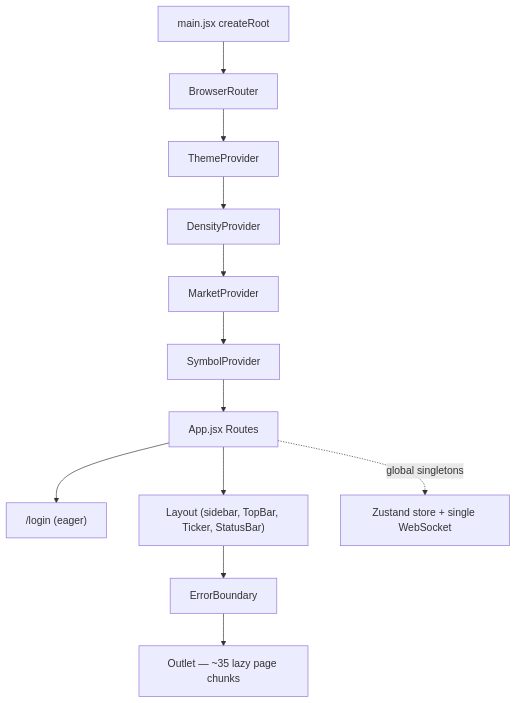
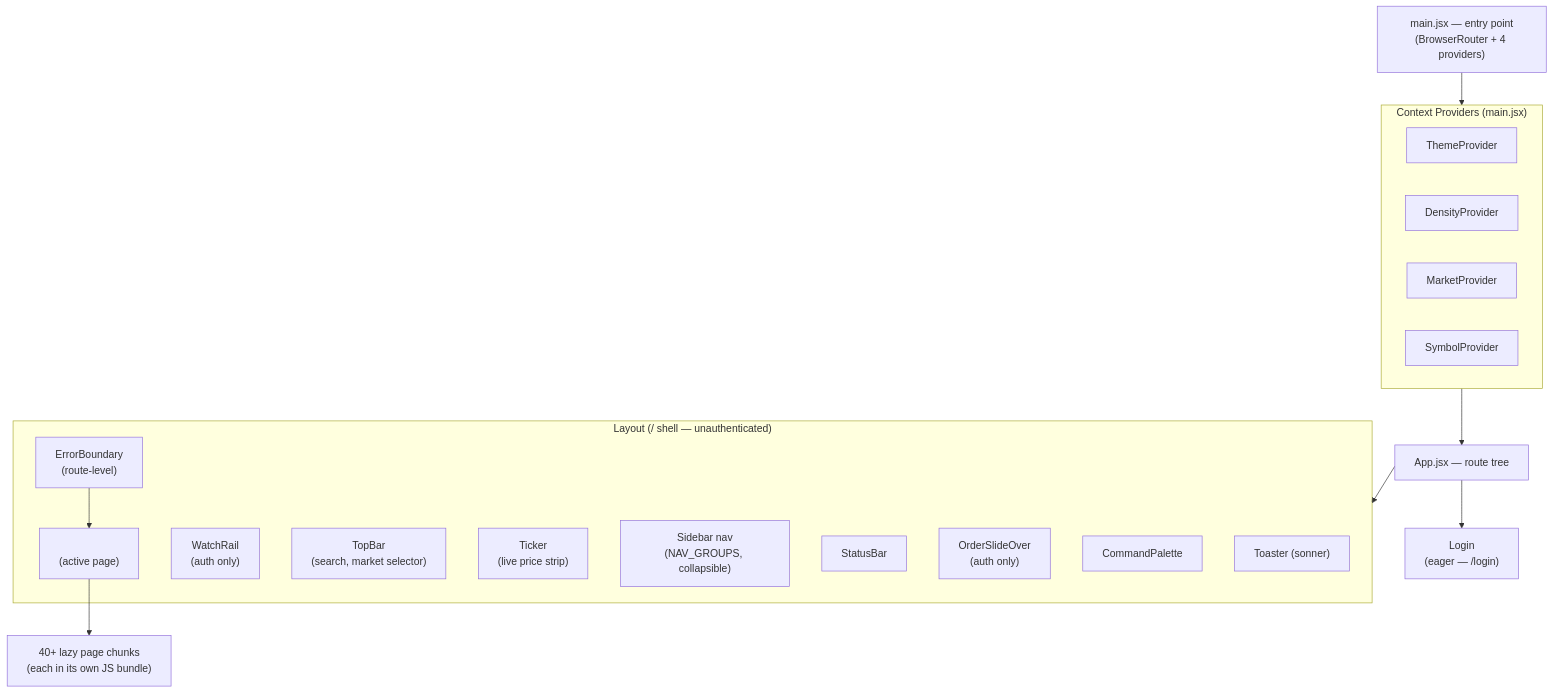
One commit to pratikbadlani02/lodestar changed the first of 2 diagrams in docs/frontend-analysis/01-architecture.md. Above: the diagram before and after it, drawn with Mermaid. The commit also changed other lines of this file and 12 other files, not shown here.

Commit message:
architecture documents

````diff
--- a/docs/frontend-analysis/01-architecture.md
+++ b/docs/frontend-analysis/01-architecture.md
@@ -44,9 +45,36 @@
 ```mermaid
 graph TD
-  Root["main.jsx createRoot"] --> BR[BrowserRouter]
-  BR --> TP[ThemeProvider] --> DP[DensityProvider] --> MP[MarketProvider] --> SP[SymbolProvider] --> App[App.jsx Routes]
-  App --> Login["/login (eager)"]
-  App --> Layout["Layout (sidebar, TopBar, Ticker, StatusBar)"]
-  Layout --> EB[ErrorBoundary] --> Outlet["Outlet — ~35 lazy page chunks"]
-  App -. global singletons .-> Store["Zustand store + single WebSocket"]
+    main["main.jsx — entry point\n(BrowserRouter + 4 providers)"]
+
+    subgraph providers["Context Providers (main.jsx)"]
+        ThemeProv["ThemeProvider"]
+        DensityProv["DensityProvider"]
+        MarketProv["MarketProvider"]
+        SymbolProv["SymbolProvider"]
+    end
+
+    App["App.jsx — route tree"]
+
+    subgraph layout["Layout (/ shell — unauthenticated)"]
+        Sidebar["Sidebar nav\n(NAV_GROUPS, collapsible)"]
+        WatchRail["WatchRail\n(auth only)"]
+        TopBar["TopBar\n(search, market selector)"]
+        Ticker["Ticker\n(live price strip)"]
+        EB["ErrorBoundary\n(route-level)"]
+        Outlet["<Outlet />\n(active page)"]
+        StatusBar["StatusBar"]
+        OrderSO["OrderSlideOver\n(auth only)"]
+        CmdPal["CommandPalette"]
+        Toaster["Toaster (sonner)"]
+    end
+
+    Login["Login\n(eager — /login)"]
+    Pages["40+ lazy page chunks\n(each in its own JS bundle)"]
+
+    main --> providers
+    providers --> App
+    App --> Login
+    App --> layout
+    EB --> Outlet
+    Outlet --> Pages
 ```
````
